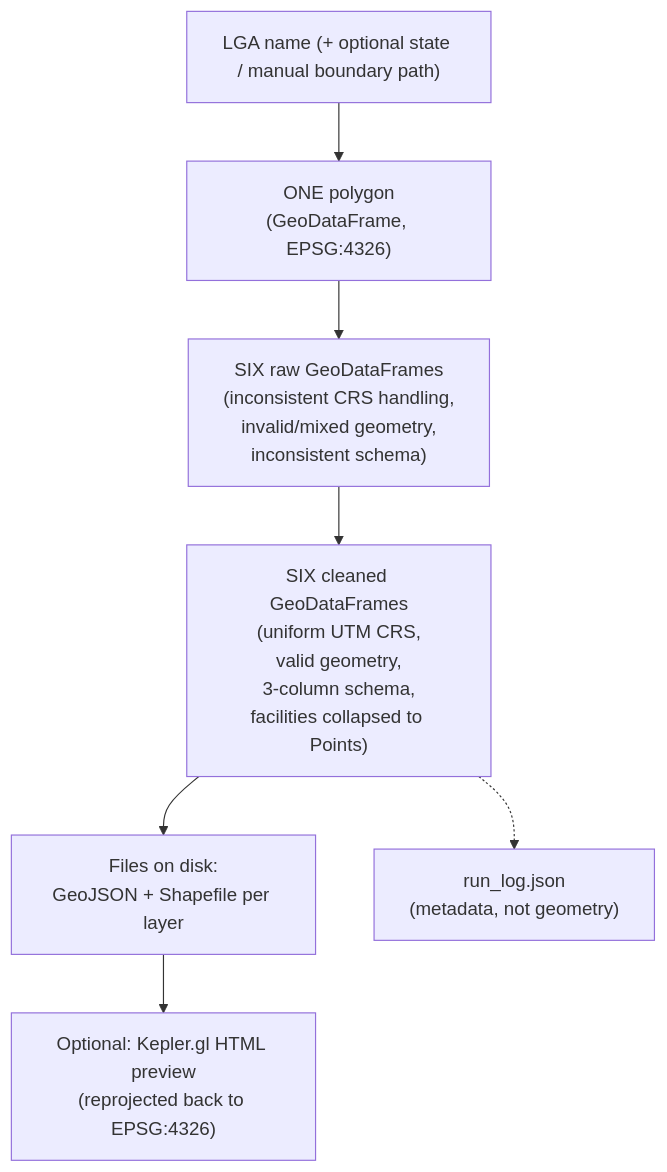
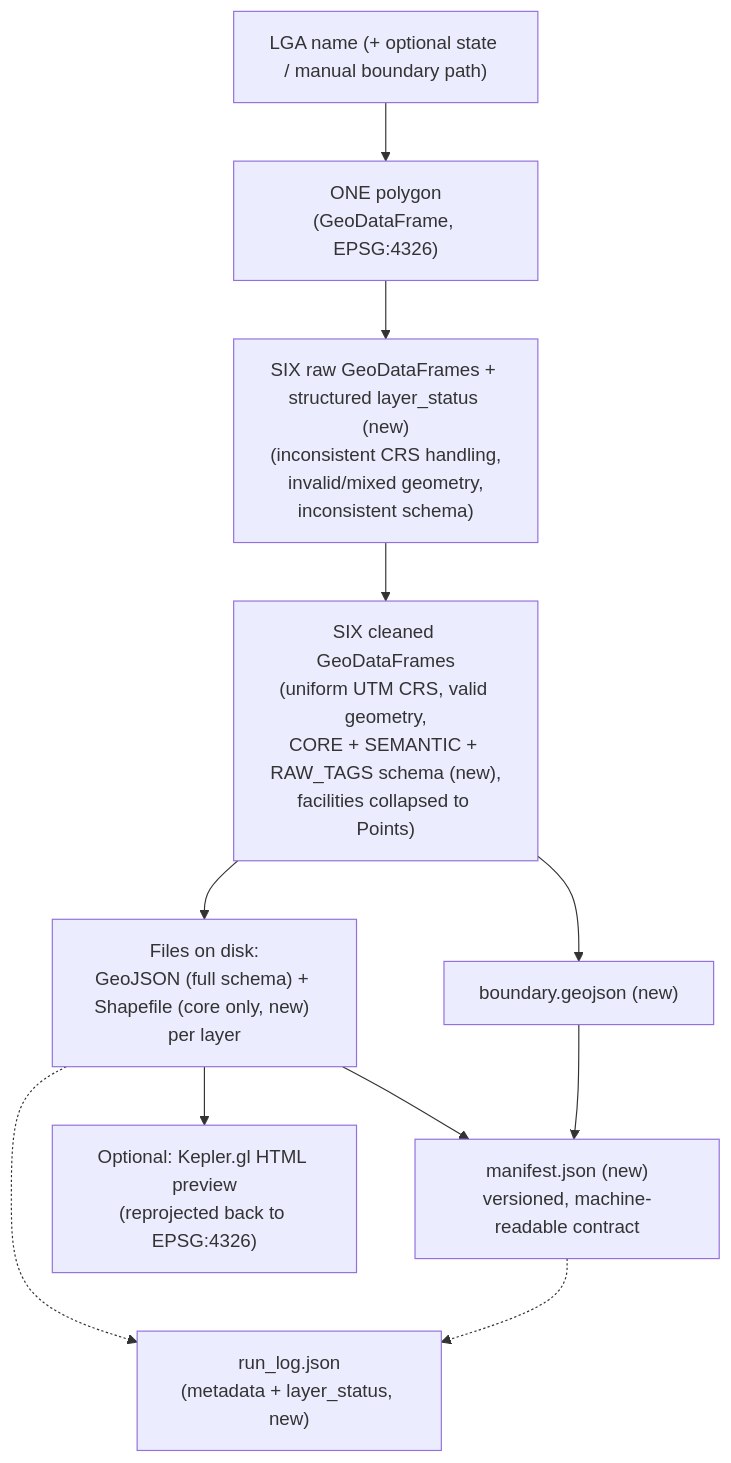
One commit to Mapkathon2026-UseOSM/UseOSM_Mapkathon-Submission-documentation changed the diagram in docs/lga-osm-extractor/data-flow.md. Above: the diagram before and after it, drawn with Mermaid. The commit also changed other lines of this file and 12 other files, not shown here.

````diff
--- a/docs/lga-osm-extractor/data-flow.md
+++ b/docs/lga-osm-extractor/data-flow.md
@@ -145,9 +194,13 @@
 ```mermaid
 flowchart TD
     A["LGA name (+ optional state / manual boundary path)"] --> B["ONE polygon<br/>(GeoDataFrame, EPSG:4326)"]
-    B --> C["SIX raw GeoDataFrames<br/>(inconsistent CRS handling,<br/>invalid/mixed geometry,<br/>inconsistent schema)"]
-    C --> D["SIX cleaned GeoDataFrames<br/>(uniform UTM CRS,<br/>valid geometry,<br/>3-column schema,<br/>facilities collapsed to Points)"]
-    D --> E["Files on disk:<br/>GeoJSON + Shapefile per layer"]
-    E --> F["Optional: Kepler.gl HTML preview<br/>(reprojected back to EPSG:4326)"]
-    D -.-> G["run_log.json<br/>(metadata, not geometry)"]
+    B --> C["SIX raw GeoDataFrames + structured layer_status (new)<br/>(inconsistent CRS handling,<br/>invalid/mixed geometry,<br/>inconsistent schema)"]
+    C --> D["SIX cleaned GeoDataFrames<br/>(uniform UTM CRS, valid geometry,<br/>CORE + SEMANTIC + RAW_TAGS schema (new),<br/>facilities collapsed to Points)"]
+    D --> E["Files on disk:<br/>GeoJSON (full schema) + Shapefile (core only, new) per layer"]
+    D --> E2["boundary.geojson (new)"]
+    E --> F2["manifest.json (new)<br/>versioned, machine-readable contract"]
+    E2 --> F2
+    E --> G["Optional: Kepler.gl HTML preview<br/>(reprojected back to EPSG:4326)"]
+    E -.-> H["run_log.json<br/>(metadata + layer_status, new)"]
+    F2 -.-> H
 ```
````
